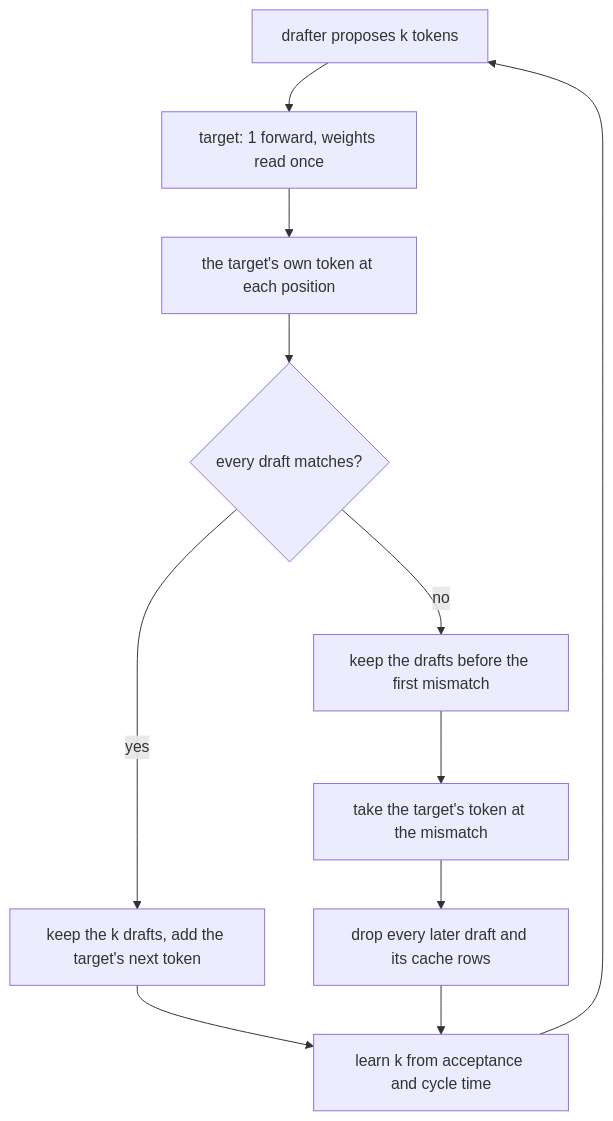
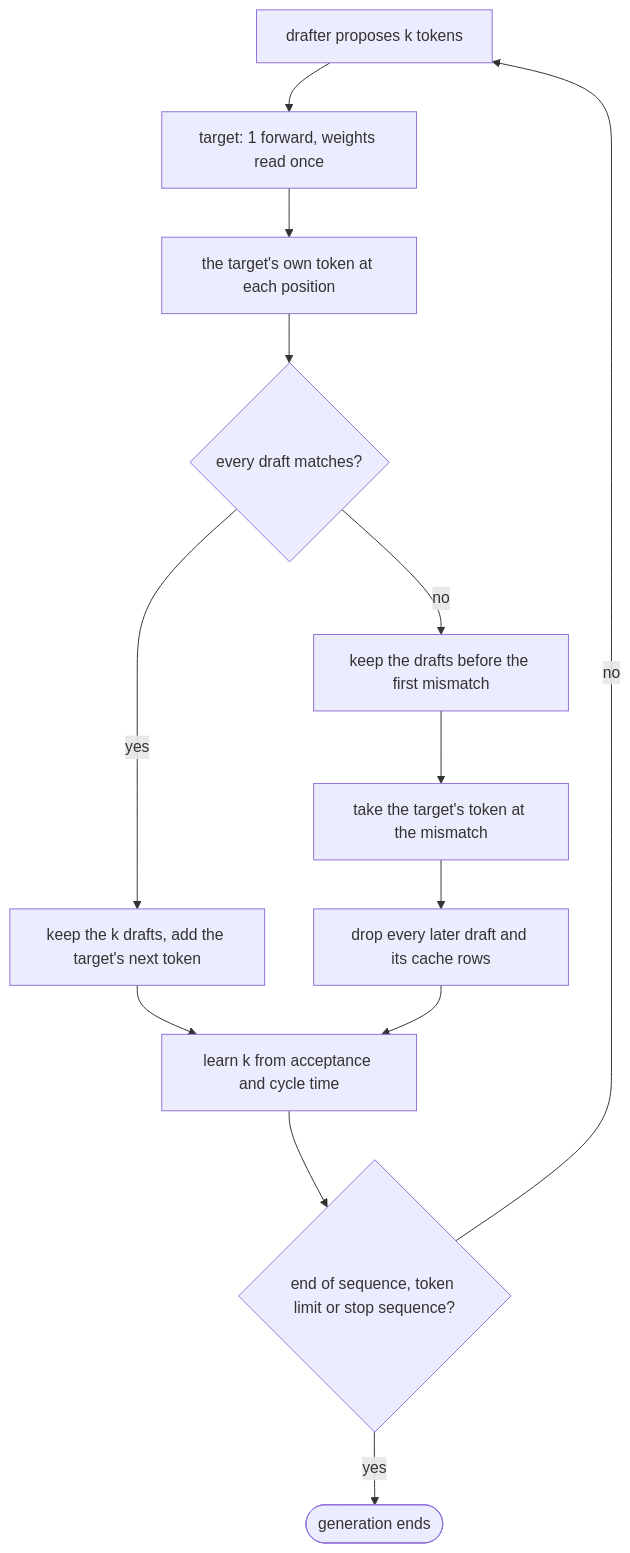
One commit to loken-ai/loken changed the diagram in docs/learn/08-speculative-decoding.md. Above: the diagram before and after it, drawn with Mermaid. The commit also changed 7 other files, not shown here.

First line of the commit message:
docs: define requests in flight and lanes, and fix the flow diagrams

````diff
--- a/docs/learn/08-speculative-decoding.md
+++ b/docs/learn/08-speculative-decoding.md
@@ -13,13 +13,15 @@
 ```mermaid
 flowchart TD
     D["drafter proposes k tokens"] --> V["target: 1 forward, weights read once"]
     V --> P["the target's own token at each position"]
     P --> C{"every draft matches?"}
     C -- yes --> B["keep the k drafts, add the target's next token"]
     C -- no --> K["keep the drafts before the first mismatch"]
     K --> R["take the target's token at the mismatch"]
     R --> X["drop every later draft and its cache rows"]
     B --> L["learn k from acceptance and cycle time"]
     X --> L
-    L --> D
+    L --> S{"end of sequence, token limit or stop sequence?"}
+    S -- no --> D
+    S -- yes --> Z(["generation ends"])
 ```
````
